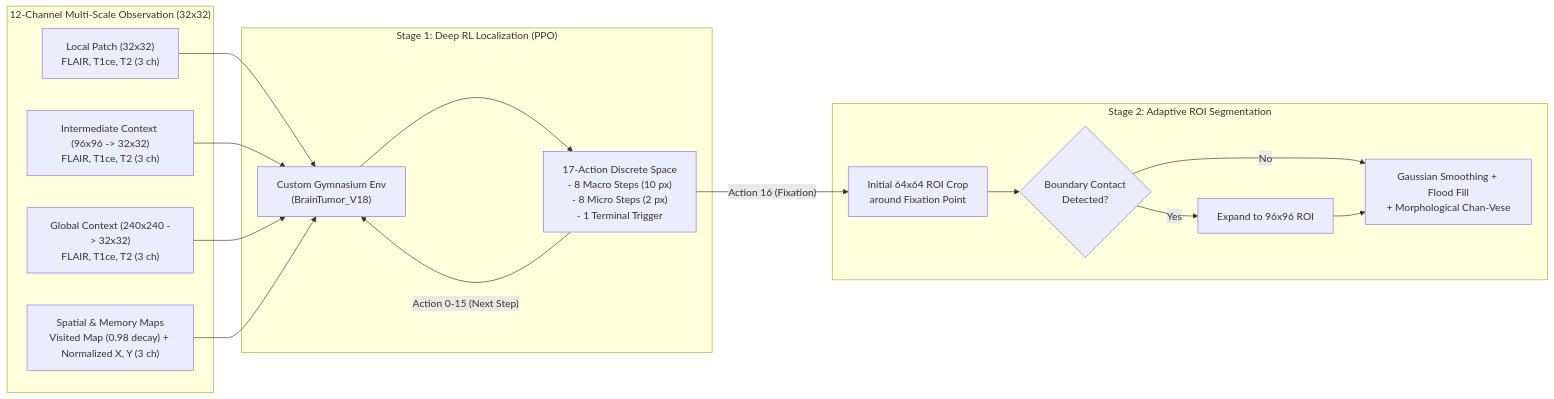
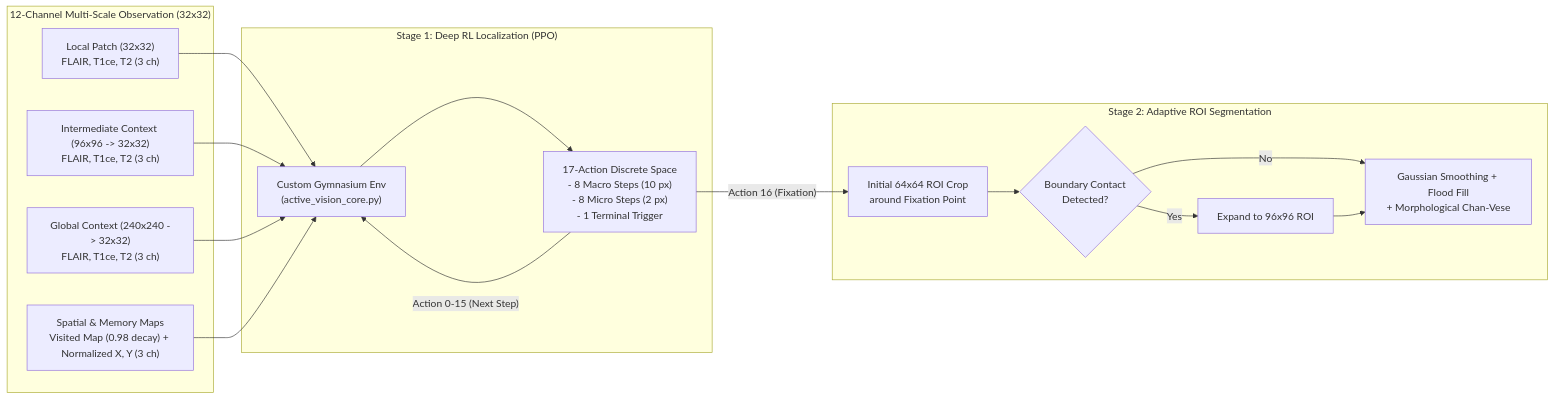
The diagram in README.md (mohrez-004/ActiveVision-DRL-BrainTumor), drawn with Mermaid before and after one commit. The commit also changed other lines of this file, not shown here.

````diff
--- a/README.md
+++ b/README.md
@@ -35,30 +35,30 @@
-```mermaid
+~~~mermaid
 graph LR
     subgraph Input["12-Channel Multi-Scale Observation (32x32)"]
         A1["Local Patch (32x32)<br/>FLAIR, T1ce, T2 (3 ch)"]
         A2["Intermediate Context (96x96 -> 32x32)<br/>FLAIR, T1ce, T2 (3 ch)"]
         A3["Global Context (240x240 -> 32x32)<br/>FLAIR, T1ce, T2 (3 ch)"]
         A4["Spatial & Memory Maps<br/>Visited Map (0.98 decay) + Normalized X, Y (3 ch)"]
     end
 
     subgraph Agent["Stage 1: Deep RL Localization (PPO)"]
-        B1["Custom Gymnasium Env<br/>(BrainTumor_V18)"]
+        B1["Custom Gymnasium Env<br/>(active_vision_core.py)"]
         B2["17-Action Discrete Space<br/>- 8 Macro Steps (10 px)<br/>- 8 Micro Steps (2 px)<br/>- 1 Terminal Trigger"]
     end
 
     subgraph Seg["Stage 2: Adaptive ROI Segmentation"]
         C1["Initial 64x64 ROI Crop<br/>around Fixation Point"]
         C2{"Boundary Contact<br/>Detected?"}
         C3["Expand to 96x96 ROI"]
         C4["Gaussian Smoothing + Flood Fill<br/>+ Morphological Chan-Vese"]
     end
 
     A1 & A2 & A3 & A4 --> B1
     B1 --> B2
     B2 -->|"Action 0-15 (Next Step)"| B1
     B2 -->|"Action 16 (Fixation)"| C1
     C1 --> C2
     C2 -->|"Yes"| C3
     C2 -->|"No"| C4
     C3 --> C4
-```
+~~~
````
